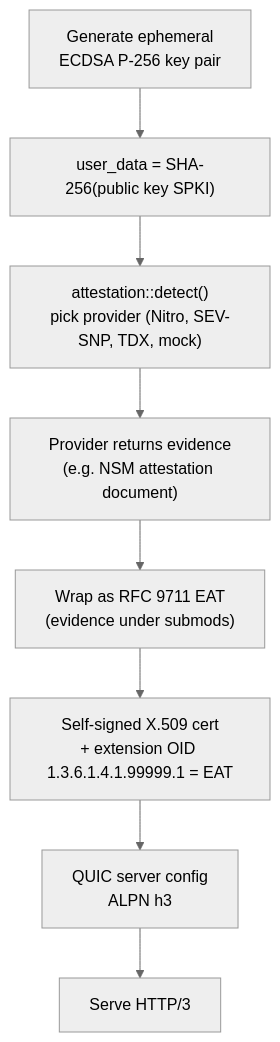
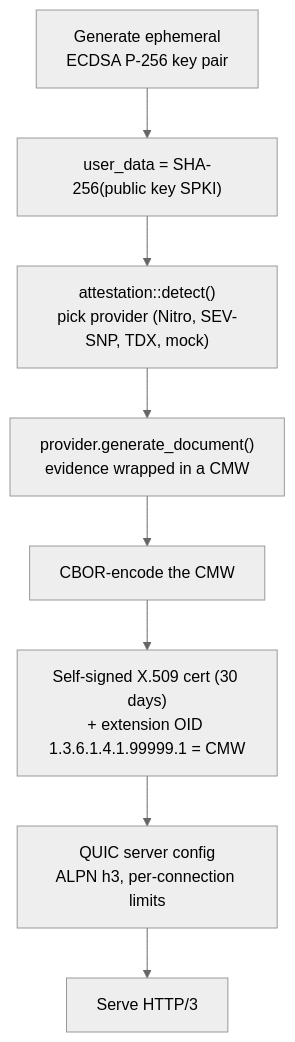
One commit to Lanetus/TTKServer changed the third of 10 diagrams in docs/src/ARCHITECTURE.md. Above: the diagram before and after it, drawn with Mermaid (neutral theme). The commit also changed other lines of this file and 9 other files, not shown here.

First line of the commit message:
fix: update the mdBook architecture docs to the current workspace (#76)

````diff
--- a/docs/src/ARCHITECTURE.md
+++ b/docs/src/ARCHITECTURE.md
@@ -133,10 +165,10 @@
 ```mermaid
 flowchart TD
     A["Generate ephemeral<br/>ECDSA P-256 key pair"] --> B["user_data = SHA-256(public key SPKI)"]
     B --> C["attestation::detect()<br/>pick provider (Nitro, SEV-SNP, TDX, mock)"]
-    C --> D["Provider returns evidence<br/>(e.g. NSM attestation document)"]
-    D --> E["Wrap as RFC 9711 EAT<br/>(evidence under submods)"]
-    E --> F["Self-signed X.509 cert<br/>+ extension OID 1.3.6.1.4.1.99999.1 = EAT"]
-    F --> G["QUIC server config<br/>ALPN h3"]
+    C --> D["provider.generate_document()<br/>evidence wrapped in a CMW"]
+    D --> E["CBOR-encode the CMW"]
+    E --> F["Self-signed X.509 cert (30 days)<br/>+ extension OID 1.3.6.1.4.1.99999.1 = CMW"]
+    F --> G["QUIC server config<br/>ALPN h3, per-connection limits"]
     G --> H["Serve HTTP/3"]
 ```
````
